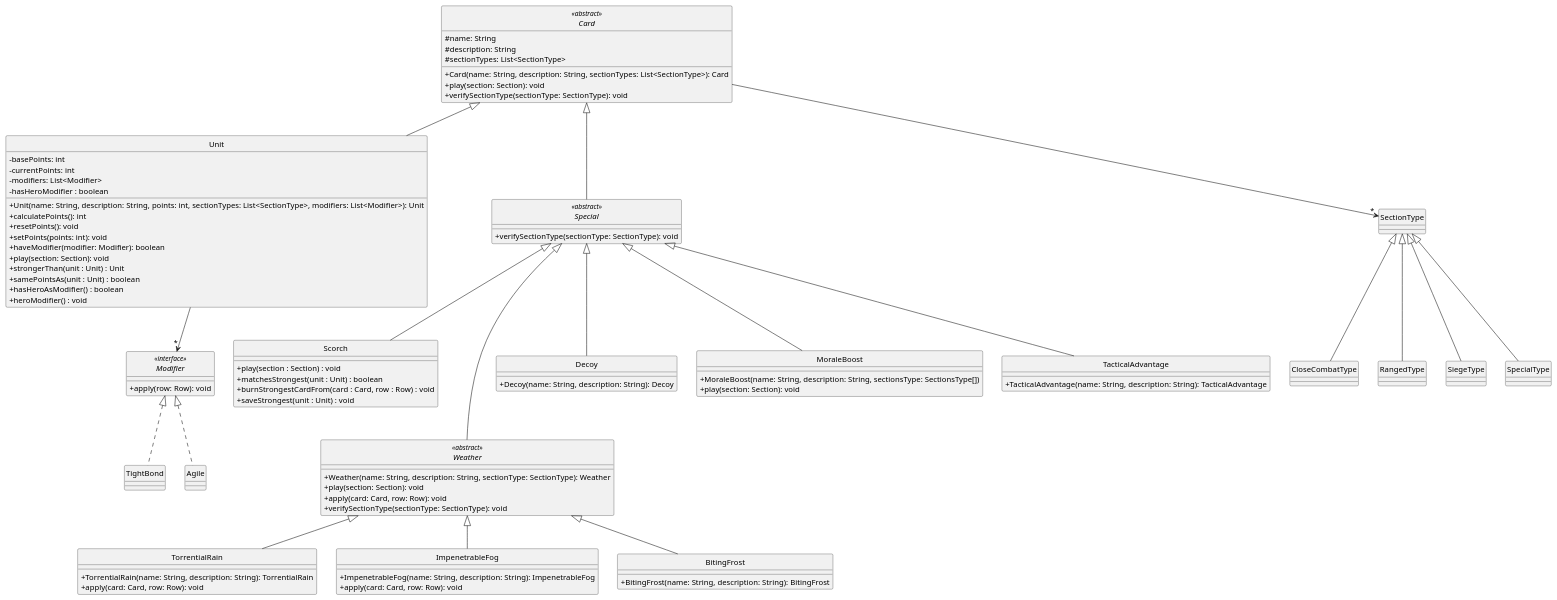
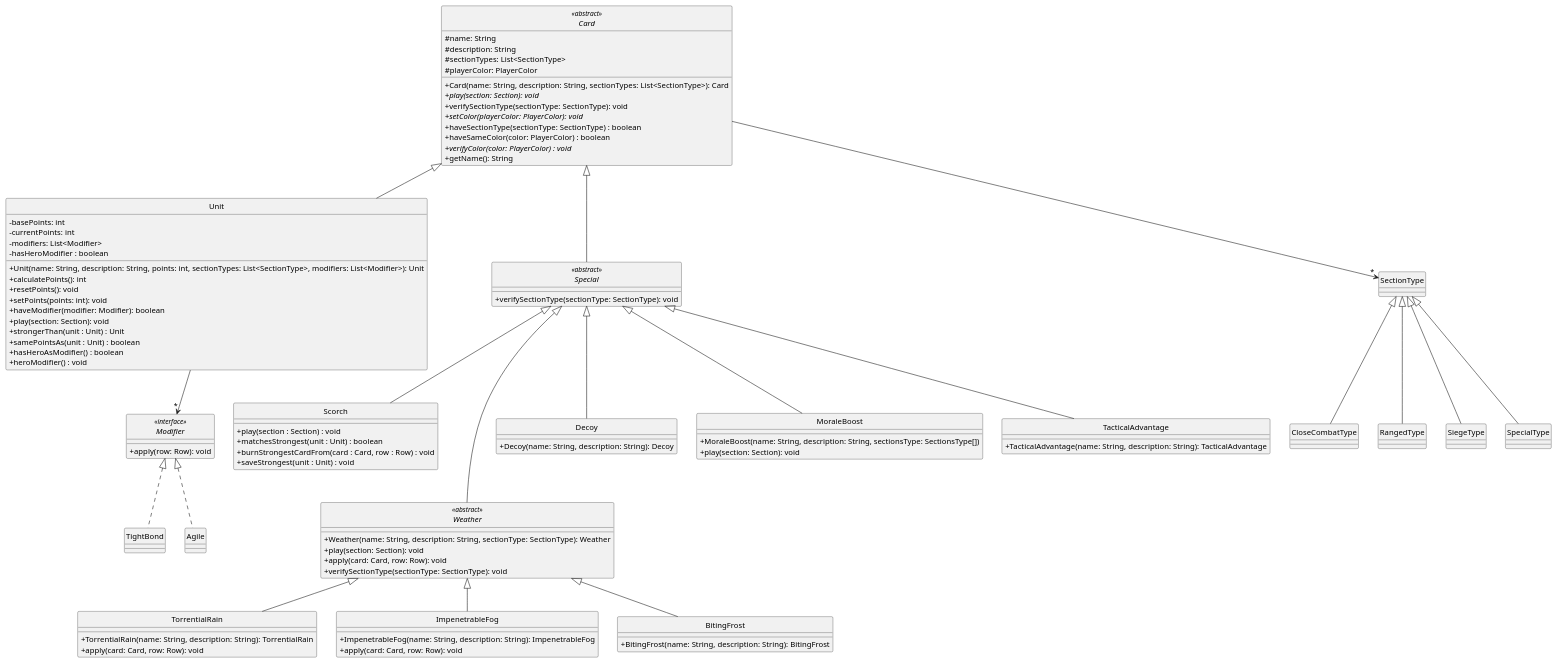
The diagram in diagrams/classes/cards.plantuml (Yonhir/algo3_proyecto_base_tp2), drawn with PlantUML before and after one commit.

Commit message:
tarjeta Card actualizada

```diff
--- a/diagrams/classes/cards.plantuml
+++ b/diagrams/classes/cards.plantuml
@@ -1,121 +1,127 @@
 @startuml
 
 skinparam monochrome true
 hide circle
 skinparam classAttributeIconSize 0
 
 ' =====================
 ' CARD HIERARCHY
 ' =====================
 
 abstract class Card <<abstract>> {
   #name: String
   #description: String
   #sectionTypes: List<SectionType>
+  #playerColor: PlayerColor
   +Card(name: String, description: String, sectionTypes: List<SectionType>): Card
-  +play(section: Section): void
+  +{abstract}play(section: Section): void
   +verifySectionType(sectionType: SectionType): void
+  +{abstract}setColor(playerColor: PlayerColor): void
+  +haveSectionType(sectionType: SectionType) : boolean
+  +haveSameColor(color: PlayerColor) : boolean
+  +{abstract}verifyColor(color: PlayerColor) : void
+  +getName(): String
 }
 
 class Unit {
   -basePoints: int
   -currentPoints: int
   -modifiers: List<Modifier>
   -hasHeroModifier : boolean
   +Unit(name: String, description: String, points: int, sectionTypes: List<SectionType>, modifiers: List<Modifier>): Unit
   +calculatePoints(): int
   +resetPoints(): void
   +setPoints(points: int): void
   +haveModifier(modifier: Modifier): boolean
   +play(section: Section): void
   +strongerThan(unit : Unit) : Unit
   +samePointsAs(unit : Unit) : boolean
   +hasHeroAsModifier() : boolean
   +heroModifier() : void
 }
 
 abstract class Special <<abstract>> {
   +verifySectionType(sectionType: SectionType): void
 }
 
 class Scorch {
   +play(section : Section) : void
   +matchesStrongest(unit : Unit) : boolean
   +burnStrongestCardFrom(card : Card, row : Row) : void
   +saveStrongest(unit : Unit) : void
 }
 
 interface Modifier <<interface>> {
   +apply(row: Row): void
 }
 
 class TightBond {
 }
 
 class Agile {
 }
 
 abstract class Weather <<abstract>> {
   +Weather(name: String, description: String, sectionType: SectionType): Weather
   +play(section: Section): void
   +apply(card: Card, row: Row): void
   +verifySectionType(sectionType: SectionType): void
 }
 
 class TorrentialRain {
   +TorrentialRain(name: String, description: String): TorrentialRain
   +apply(card: Card, row: Row): void
 }
 
 class ImpenetrableFog {
   +ImpenetrableFog(name: String, description: String): ImpenetrableFog
   +apply(card: Card, row: Row): void
 }
 
 class BitingFrost {
   +BitingFrost(name: String, description: String): BitingFrost
 }
 
 class Decoy {
   +Decoy(name: String, description: String): Decoy
 }
 
 class MoraleBoost{
   +MoraleBoost(name: String, description: String, sectionsType: SectionsType[])
   +play(section: Section): void
 }
 
 class TacticalAdvantage {
   +TacticalAdvantage(name: String, description: String): TacticalAdvantage
 }
 
 ' =====================
 ' RELATIONSHIPS
 ' =====================
 
 Card <|-- Unit
 Card <|-- Special
 
 Card --> "*" SectionType
 
 SectionType <|-- CloseCombatType
 SectionType <|-- RangedType
 SectionType <|-- SiegeType
 SectionType <|-- SpecialType
 
 Unit --> "*" Modifier
 
 Modifier <|.. TightBond
 Modifier <|.. Agile
 
 Special <|-- Decoy
 Special <|-- TacticalAdvantage
 Special <|-- Scorch
 Special <|-- MoraleBoost
 Special <|--- Weather
 
 Weather <|-- TorrentialRain
 Weather <|-- ImpenetrableFog
 Weather <|-- BitingFrost
 
 @enduml
```
